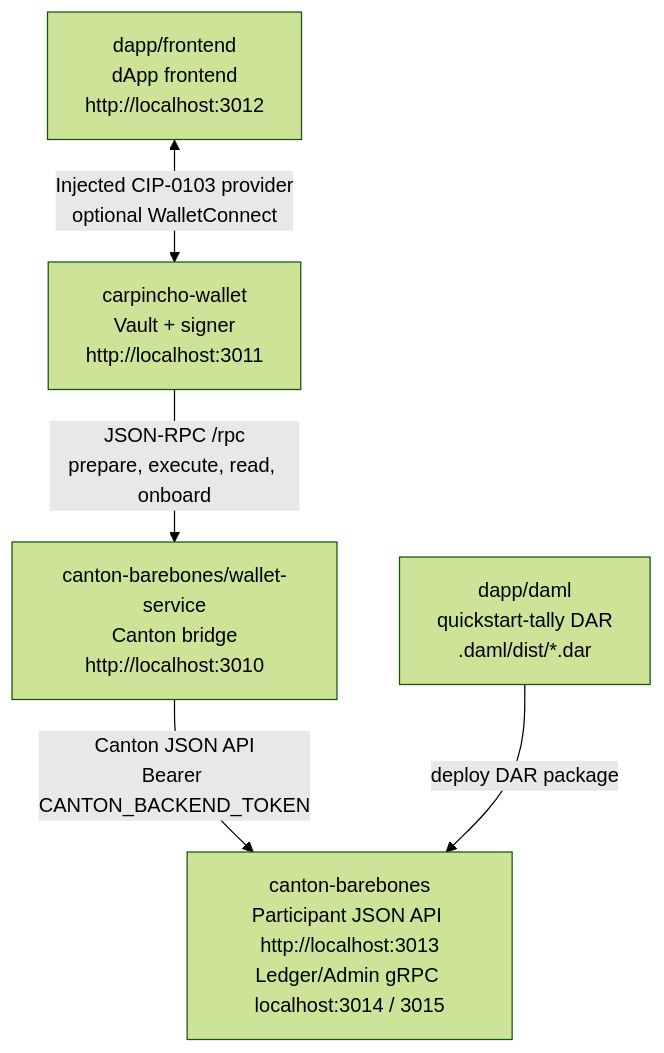
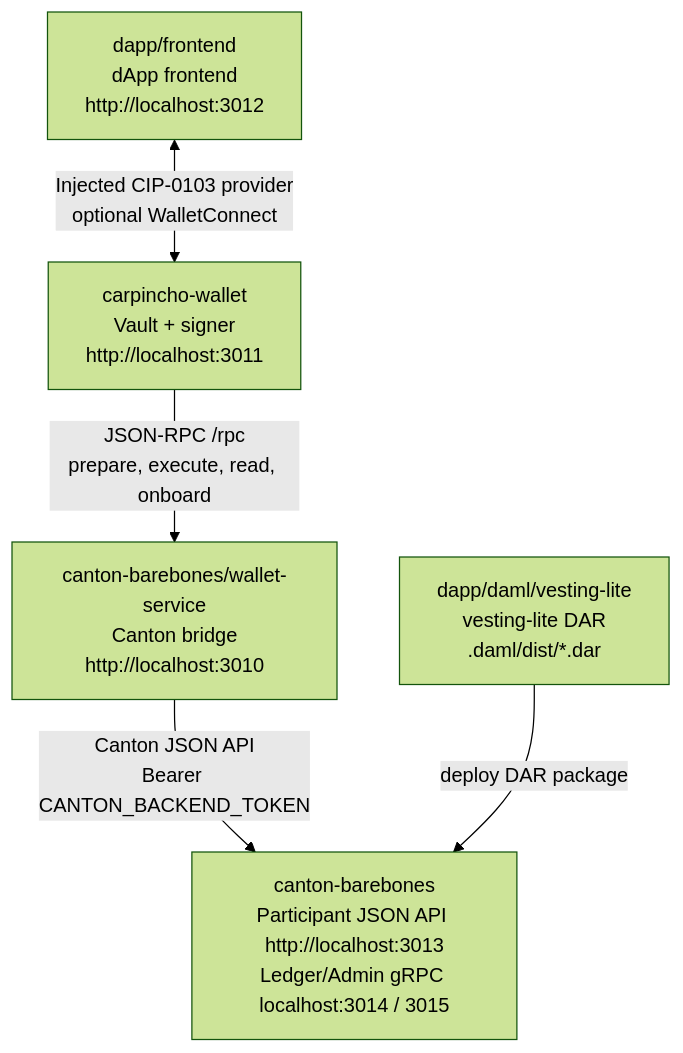
The diagram in architecture.md (BootNodeDev/cn-dappbooster), drawn with Mermaid (forest theme) before and after one commit. The commit also changed other lines of this file and 3 other files, not shown here.

````diff
--- a/architecture.md
+++ b/architecture.md
@@ -51,13 +51,13 @@
 ```mermaid
 flowchart TD
   fe["dapp/frontend<br/>dApp frontend<br/>http://localhost:3012"]
   wallet["carpincho-wallet<br/>Vault + signer<br/>http://localhost:3011"]
   ws["canton-barebones/wallet-service<br/>Canton bridge<br/>http://localhost:3010"]
   cb["canton-barebones<br/>Participant JSON API http://localhost:3013<br/>Ledger/Admin gRPC localhost:3014 / 3015"]
-  dar["dapp/daml<br/>quickstart-tally DAR<br/>.daml/dist/*.dar"]
+  dar["dapp/daml/vesting-lite<br/>vesting-lite DAR<br/>.daml/dist/*.dar"]
 
   fe <-->|"Injected CIP-0103 provider<br/>optional WalletConnect"| wallet
   wallet -->|"JSON-RPC /rpc<br/>prepare, execute, read, onboard"| ws
   ws -->|"Canton JSON API<br/>Bearer CANTON_BACKEND_TOKEN"| cb
   dar -->|"deploy DAR package"| cb
 ```
````
